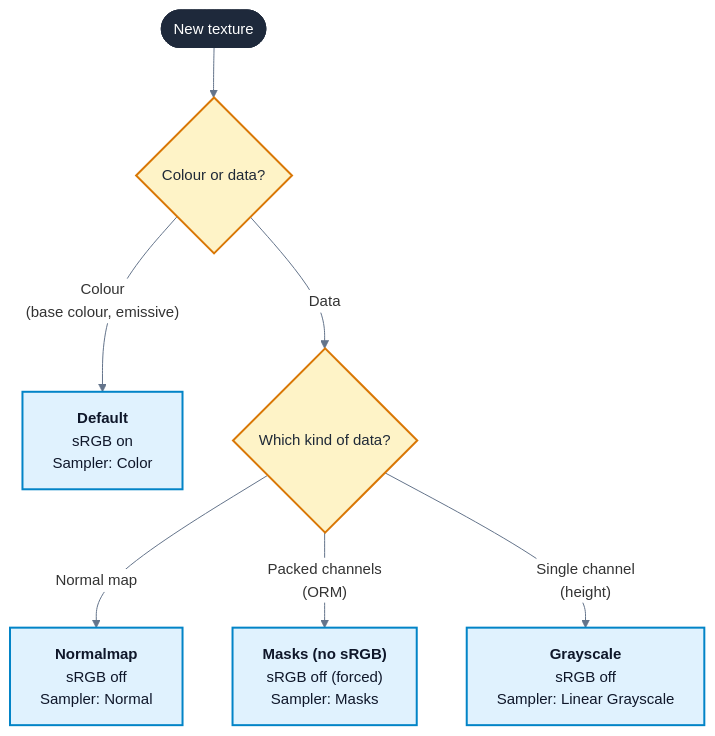
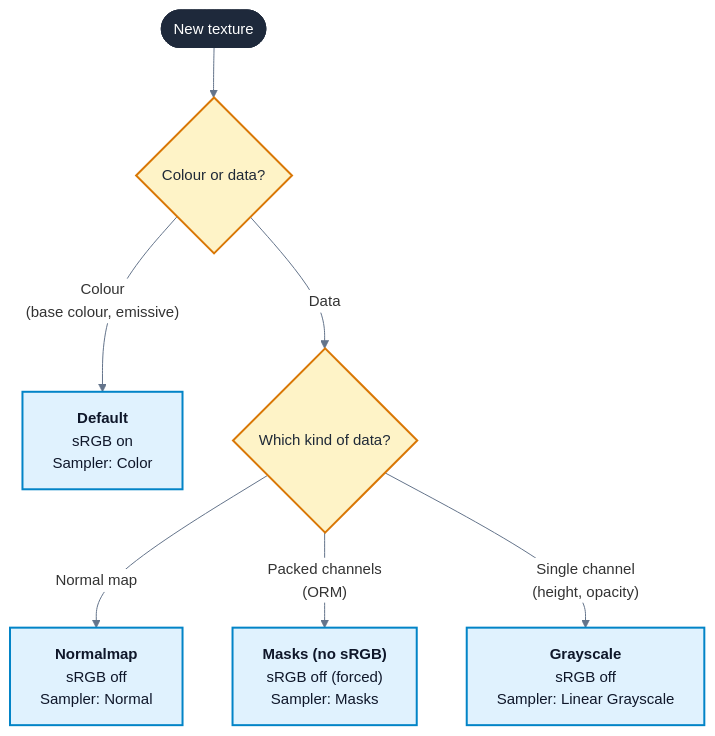
One commit to nmcguinness/L8-3DGD-Materials changed the first of 2 diagrams in notes/01_pbr_and_material_editor.md. Above: the diagram before and after it, drawn with Mermaid. The commit also changed other lines of this file and 394 other files, not shown here.

````diff
--- a/notes/01_pbr_and_material_editor.md
+++ b/notes/01_pbr_and_material_editor.md
@@ -149,20 +149,20 @@
 ```mermaid
 %%{init: {"theme": "base", "themeVariables": {"fontFamily": "Arial, Helvetica, sans-serif", "fontSize": "15px", "lineColor": "#64748b", "edgeLabelBackground": "#ffffff"}}}%%
 flowchart TD
     accTitle: Texture settings decision tree
     accDescr: Start with a new texture. If it stores colour, such as base colour or emissive, use Default compression with sRGB on and the Color sampler type. If it stores data, choose by kind. A normal map uses Normalmap compression with sRGB off and the Normal sampler type. A packed texture such as ORM uses Masks compression and the Masks sampler type. A single-channel map uses Grayscale compression with sRGB off and the Linear Grayscale sampler type.
 
     start([New texture]) --> q1{Colour or data?}
     q1 -->|"Colour<br/>(base colour, emissive)"| colour["<b>Default</b><br/>sRGB on<br/>Sampler: Color"]
     q1 -->|Data| q2{Which kind of data?}
     q2 -->|Normal map| normal["<b>Normalmap</b><br/>sRGB off<br/>Sampler: Normal"]
     q2 -->|"Packed channels<br/>(ORM)"| masks["<b>Masks (no sRGB)</b><br/>sRGB off (forced)<br/>Sampler: Masks"]
-    q2 -->|"Single channel<br/>(height)"| grey["<b>Grayscale</b><br/>sRGB off<br/>Sampler: Linear Grayscale"]
+    q2 -->|"Single channel<br/>(height, opacity)"| grey["<b>Grayscale</b><br/>sRGB off<br/>Sampler: Linear Grayscale"]
 
     classDef startNode fill:#1e293b,stroke:#1e293b,color:#ffffff
     classDef decision fill:#fef3c7,stroke:#d97706,stroke-width:2px,color:#1f2937
     classDef result fill:#e0f2fe,stroke:#0284c7,stroke-width:2px,color:#0f172a
     class start startNode
     class q1,q2 decision
     class colour,normal,masks,grey result
 ```
````
